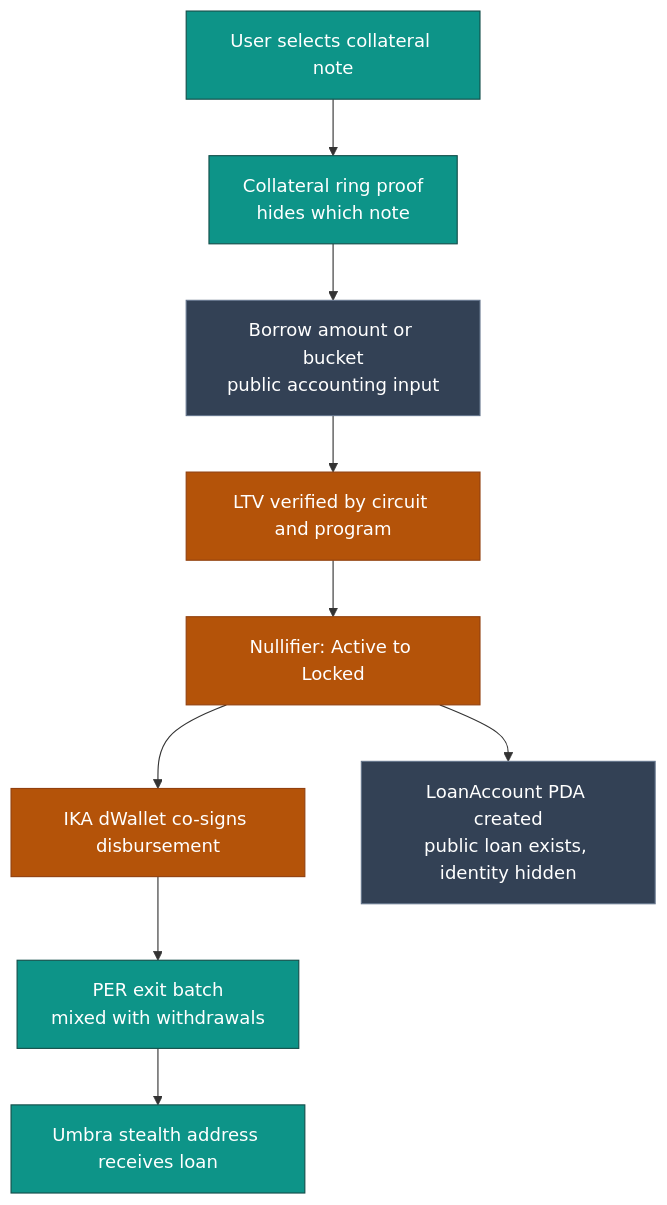
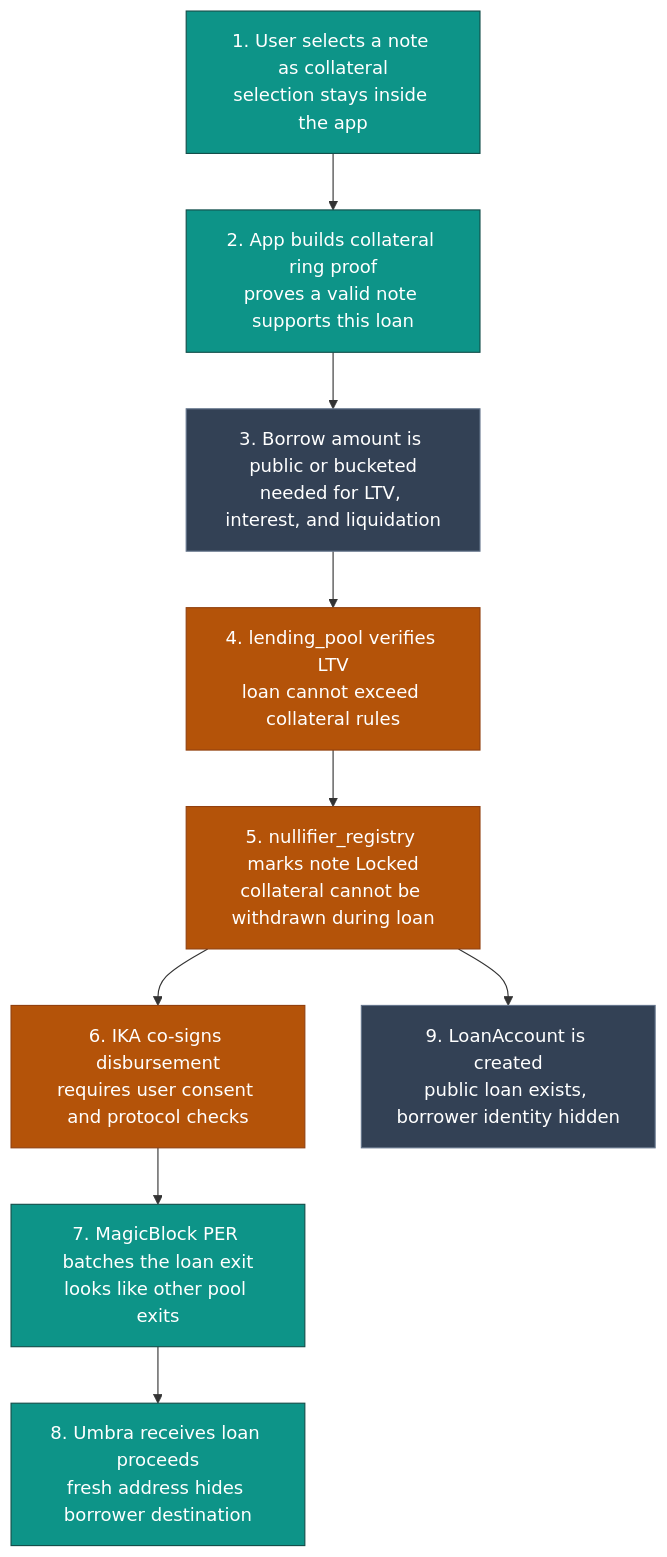
Before and after one commit to cryptosingheth/shieldlend: the fourth of 8 diagrams in docs/VISUAL_FLOWS.md, drawn with Mermaid. The commit also changed other lines of this file and 9 other files, not shown here.

Commit message:
docs: consolidate solana architecture docs

````diff
--- a/docs/VISUAL_FLOWS.md
+++ b/docs/VISUAL_FLOWS.md
@@ -85,19 +106,19 @@
 ```mermaid
 flowchart TD
-    classDef privacy fill:#0d9488,stroke:#134e4a,color:#fff
+    classDef private fill:#0d9488,stroke:#134e4a,color:#fff
+    classDef public fill:#334155,stroke:#64748b,color:#fff
     classDef safety fill:#b45309,stroke:#92400e,color:#fff
-    classDef public fill:#334155,stroke:#64748b,color:#fff
 
-    A["User selects collateral note"]:::privacy
-    B["Collateral ring proof\nhides which note"]:::privacy
-    C["Borrow amount or bucket\npublic accounting input"]:::public
-    D["LTV verified by circuit and program"]:::safety
-    E["Nullifier: Active to Locked"]:::safety
-    F["IKA dWallet co-signs disbursement"]:::safety
-    G["PER exit batch\nmixed with withdrawals"]:::privacy
-    H["Umbra stealth address receives loan"]:::privacy
-    I["LoanAccount PDA created\npublic loan exists, identity hidden"]:::public
+    A["1. User selects a note as collateral<br/>selection stays inside the app"]:::private
+    B["2. App builds collateral ring proof<br/>proves a valid note supports this loan"]:::private
+    C["3. Borrow amount is public or bucketed<br/>needed for LTV, interest, and liquidation"]:::public
+    D["4. lending_pool verifies LTV<br/>loan cannot exceed collateral rules"]:::safety
+    E["5. nullifier_registry marks note Locked<br/>collateral cannot be withdrawn during loan"]:::safety
+    F["6. IKA co-signs disbursement<br/>requires user consent and protocol checks"]:::safety
+    G["7. MagicBlock PER batches the loan exit<br/>looks like other pool exits"]:::private
+    H["8. Umbra receives loan proceeds<br/>fresh address hides borrower destination"]:::private
+    I["9. LoanAccount is created<br/>public loan exists, borrower identity hidden"]:::public
 
     A --> B --> C --> D --> E --> F --> G --> H
     E --> I
 ```
````
